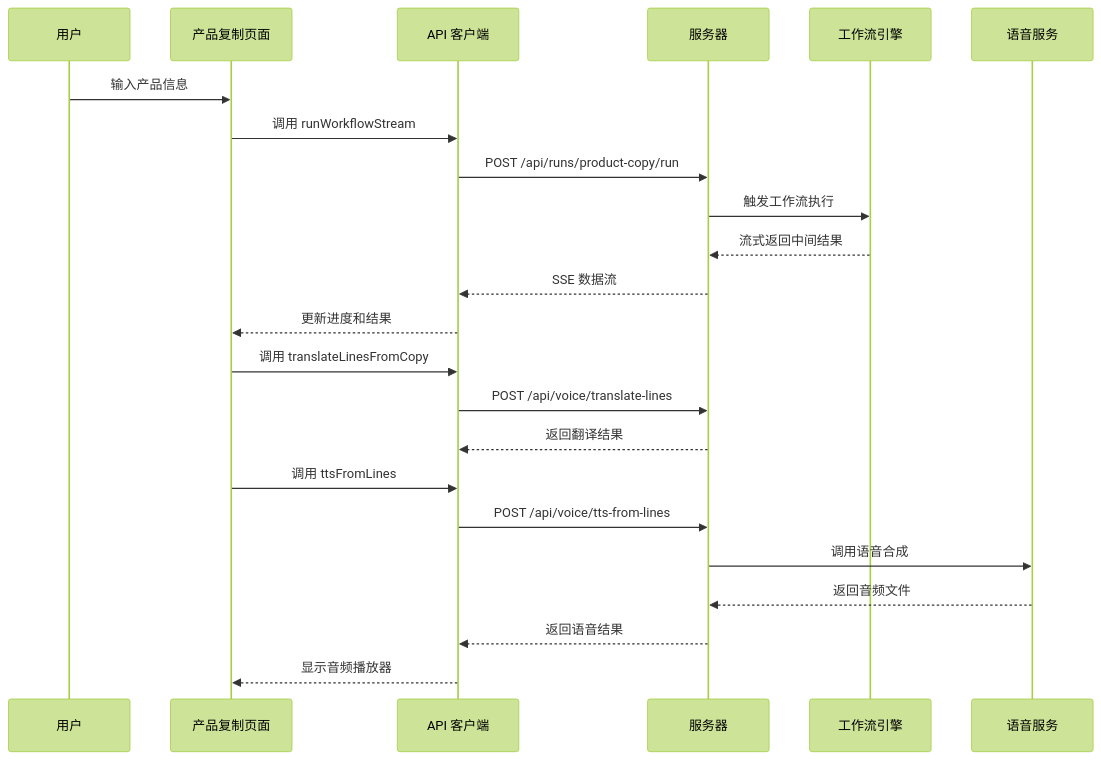
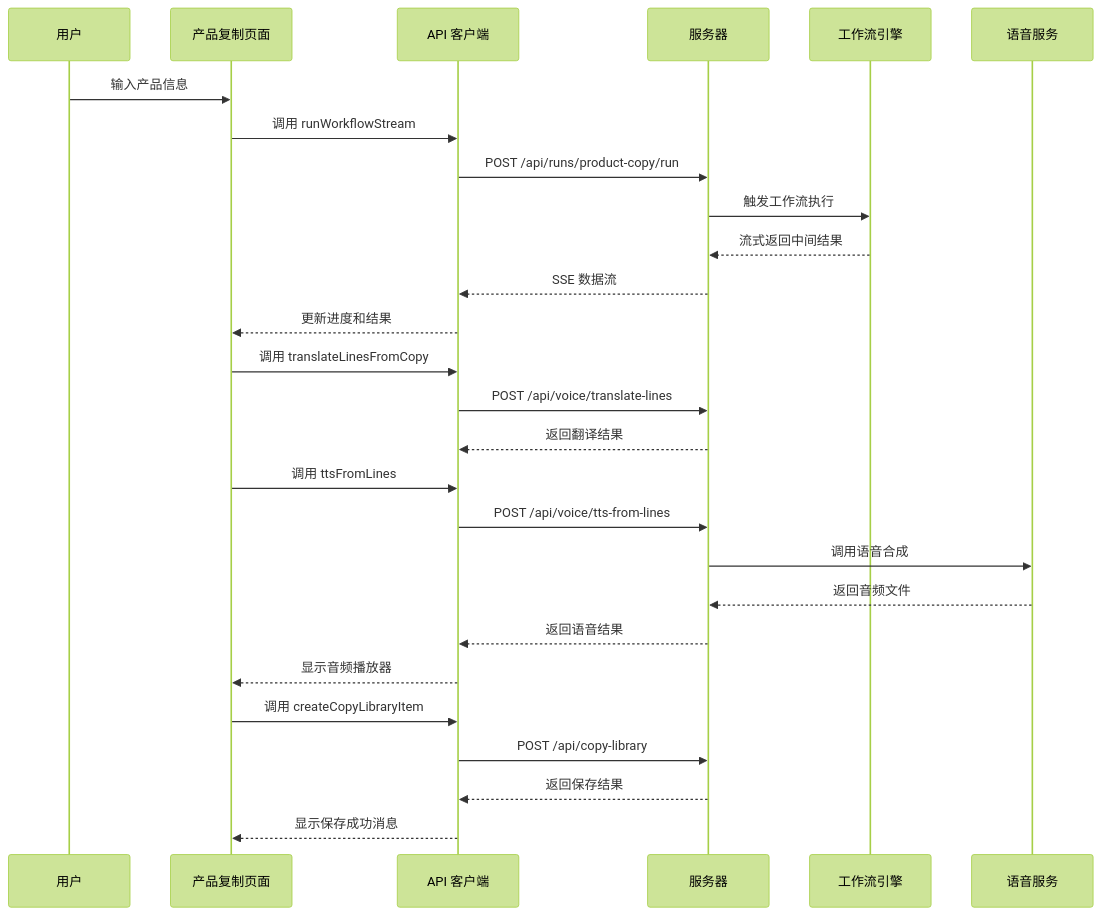
The fourth of 8 diagrams in .qoder/repowiki/zh/content/Product Copy Page.md (hanksd769-droid/sailshub), drawn with Mermaid (forest theme) before and after one commit. The commit also changed other lines of this file and 6 other files, not shown here.

````diff
--- a/.qoder/repowiki/zh/content/Product Copy Page.md
+++ b/.qoder/repowiki/zh/content/Product Copy Page.md
@@ -164,25 +203,29 @@
 ```mermaid
 sequenceDiagram
 participant U as 用户
 participant P as 产品复制页面
 participant A as API 客户端
 participant S as 服务器
 participant W as 工作流引擎
 participant V as 语音服务
 U->>P : 输入产品信息
 P->>A : 调用 runWorkflowStream
 A->>S : POST /api/runs/product-copy/run
 S->>W : 触发工作流执行
 W-->>S : 流式返回中间结果
 S-->>A : SSE 数据流
 A-->>P : 更新进度和结果
 P->>A : 调用 translateLinesFromCopy
 A->>S : POST /api/voice/translate-lines
 S-->>A : 返回翻译结果
 P->>A : 调用 ttsFromLines
 A->>S : POST /api/voice/tts-from-lines
 S->>V : 调用语音合成
 V-->>S : 返回音频文件
 S-->>A : 返回语音结果
 A-->>P : 显示音频播放器
+P->>A : 调用 createCopyLibraryItem
+A->>S : POST /api/copy-library
+S-->>A : 返回保存结果
+A-->>P : 显示保存成功消息
 ```
````
